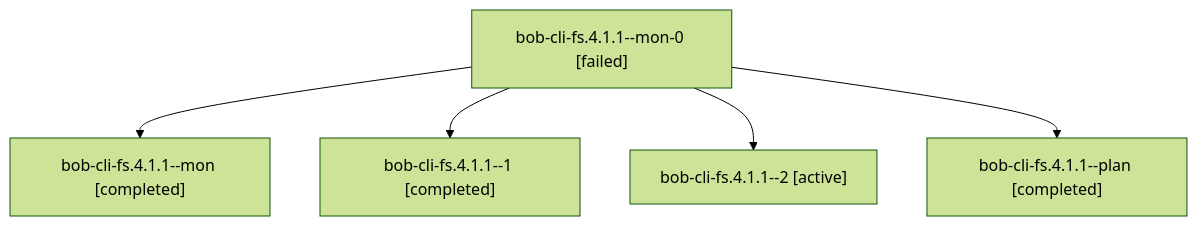
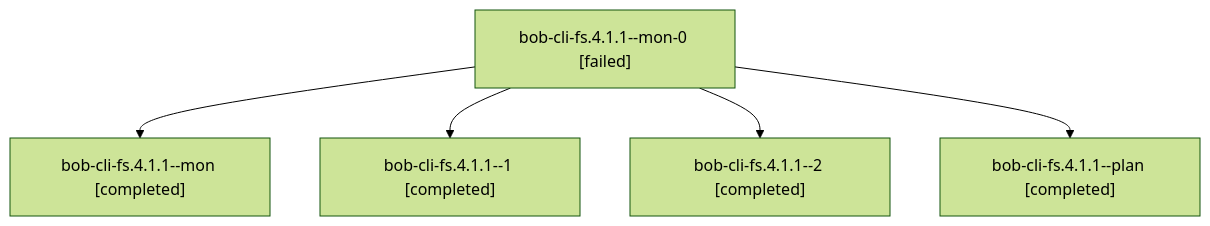
One commit to bobs-org/bob-cli--agents changed the diagram in sessions/bbugyi200.athena.bob-cli-fs.4.1.1.md. Above: the diagram before and after it, drawn with Mermaid (forest theme). The commit also changed other lines of this file and 68 other files, not shown here.

````diff
--- a/sessions/bbugyi200.athena.bob-cli-fs.4.1.1.md
+++ b/sessions/bbugyi200.athena.bob-cli-fs.4.1.1.md
@@ -9,12 +9,12 @@
 ```mermaid
 flowchart TD
   n0["bob-cli-fs.4.1.1--mon-0 [failed]"]
   n1["bob-cli-fs.4.1.1--mon [completed]"]
   n0 --> n1
   n2["bob-cli-fs.4.1.1--1 [completed]"]
   n0 --> n2
-  n3["bob-cli-fs.4.1.1--2 [active]"]
+  n3["bob-cli-fs.4.1.1--2 [completed]"]
   n0 --> n3
   n4["bob-cli-fs.4.1.1--plan [completed]"]
   n0 --> n4
 ```
````
